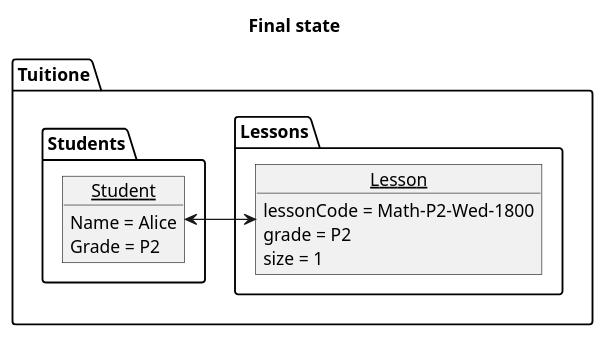
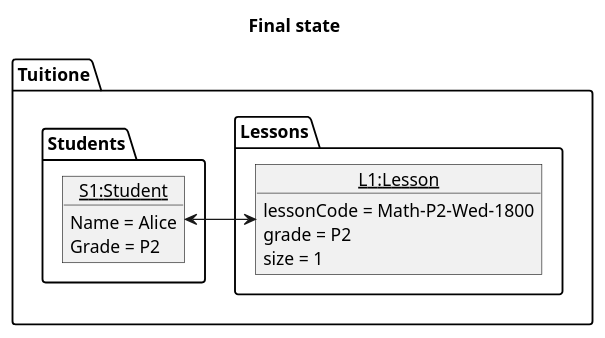
The diagram in docs/diagrams/EnrollLessonState1.puml (nus-cs2103-AY2122S1/tp), drawn with PlantUML before and after one commit. The commit also changed 3 other files, not shown here.

Commit message:
Changes to enroll lesson object diagrams

```diff
--- a/docs/diagrams/EnrollLessonState1.puml
+++ b/docs/diagrams/EnrollLessonState1.puml
@@ -1,24 +1,24 @@
 @startuml
 
 title Final state
 
 package Tuitione {
     package Lessons {
-        object __Lesson__ {
+        object "<u>L1:Lesson" as Lesson{
         lessonCode = Math-P2-Wed-1800
         grade = P2
         size = 1
         }
     }
     package Students {
-        object __Student__ {
+        object "<u>S1:Student" as Student {
         Name = Alice
         Grade = P2
         }
     }
 
-    __Lesson__ <-R-> __Student__
+    Lesson <-R-> Student
 
 }
 
 @end
```
